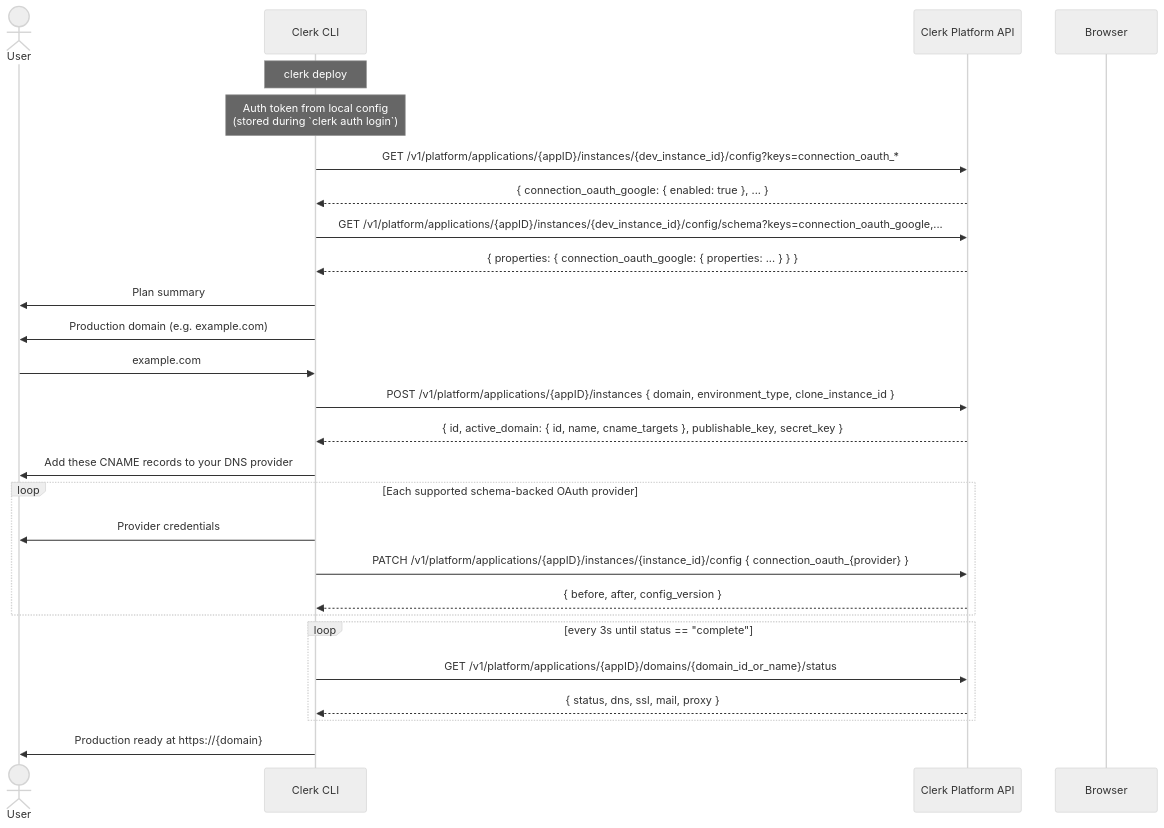
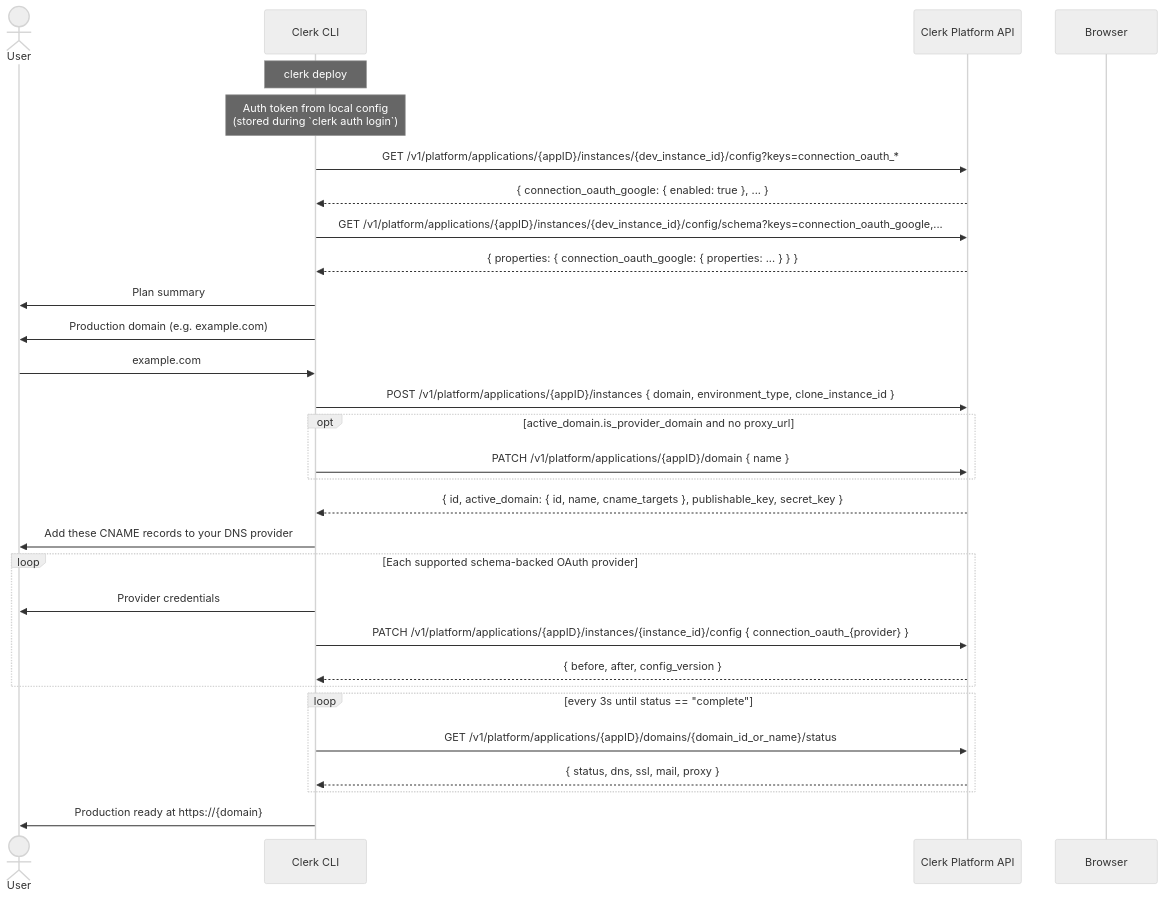
Before and after one commit to clerk/cli: the diagram in packages/cli-core/src/commands/deploy/README.md, drawn with Mermaid (neutral theme). The commit also changed other lines of this file and 17 other files, not shown here.

````diff
--- a/packages/cli-core/src/commands/deploy/README.md
+++ b/packages/cli-core/src/commands/deploy/README.md
@@ -94,44 +119,47 @@
 ```mermaid
 sequenceDiagram
     actor User
     participant CLI as Clerk CLI
     participant API as Clerk Platform API
     participant Browser
 
     Note over CLI: clerk deploy
 
     %% Auth & app context
     Note over CLI: Auth token from local config<br/>(stored during `clerk auth login`)
 
     %% Discover enabled OAuth providers in dev
     CLI->>API: GET /v1/platform/applications/{appID}/instances/{dev_instance_id}/config?keys=connection_oauth_*
     API-->>CLI: { connection_oauth_google: { enabled: true }, ... }
     CLI->>API: GET /v1/platform/applications/{appID}/instances/{dev_instance_id}/config/schema?keys=connection_oauth_google,...
     API-->>CLI: { properties: { connection_oauth_google: { properties: ... } } }
 
     %% Plan summary + domain
     CLI->>User: Plan summary
     CLI->>User: Production domain (e.g. example.com)
     User->>CLI: example.com
 
     %% Create production instance + domain in one round-trip, including clone validation
     CLI->>API: POST /v1/platform/applications/{appID}/instances { domain, environment_type, clone_instance_id }
+    opt active_domain.is_provider_domain and no proxy_url
+        CLI->>API: PATCH /v1/platform/applications/{appID}/domain { name }
+    end
     API-->>CLI: { id, active_domain: { id, name, cname_targets }, publishable_key, secret_key }
 
     CLI->>User: Add these CNAME records to your DNS provider
 
     %% OAuth credential loop
     loop Each supported schema-backed OAuth provider
         CLI->>User: Provider credentials
         CLI->>API: PATCH /v1/platform/applications/{appID}/instances/{instance_id}/config { connection_oauth_{provider} }
         API-->>CLI: { before, after, config_version }
     end
 
     %% Poll domain status
     loop every 3s until status == "complete"
         CLI->>API: GET /v1/platform/applications/{appID}/domains/{domain_id_or_name}/status
         API-->>CLI: { status, dns, ssl, mail, proxy }
     end
 
     CLI->>User: Production ready at https://{domain}
 ```
````
